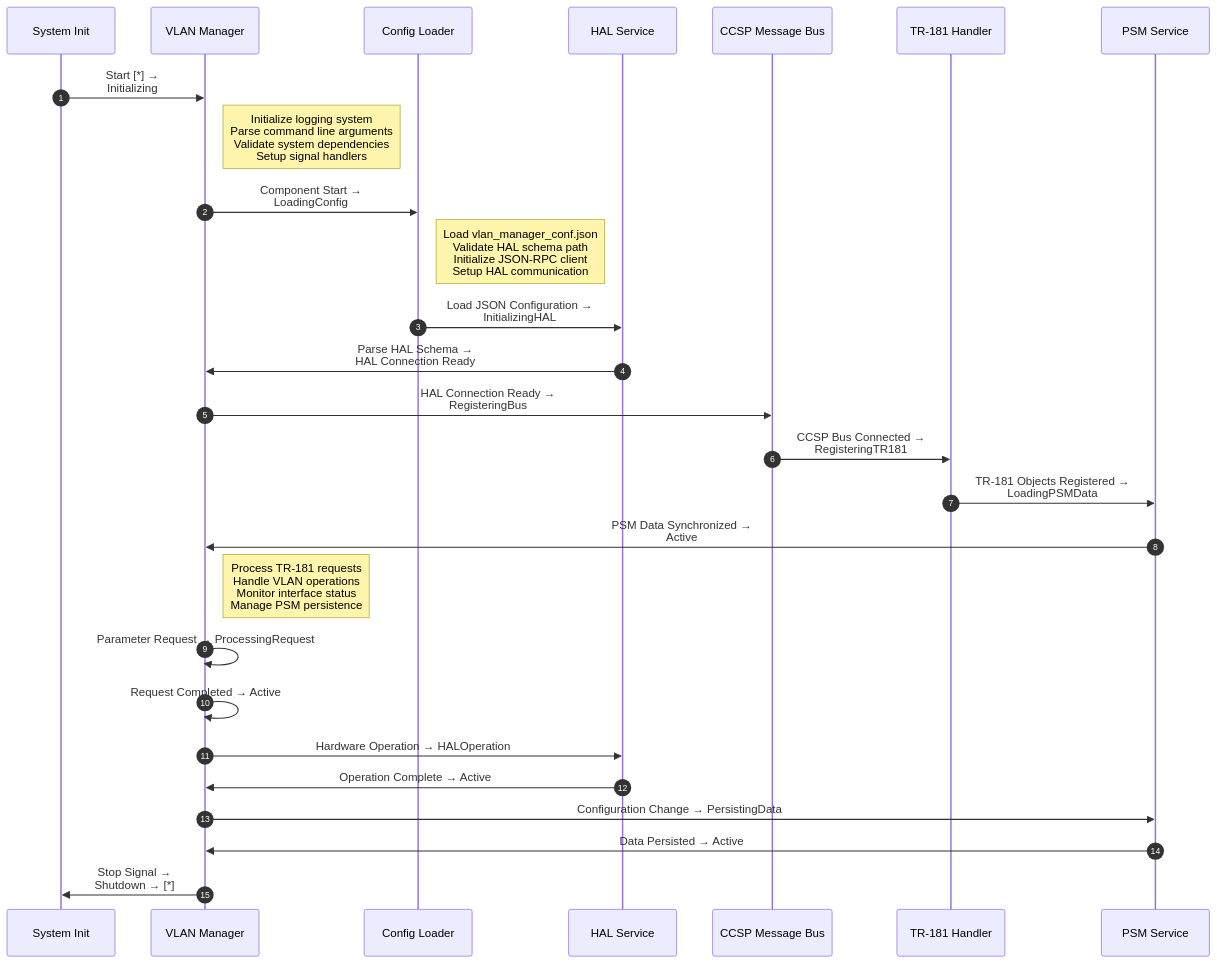
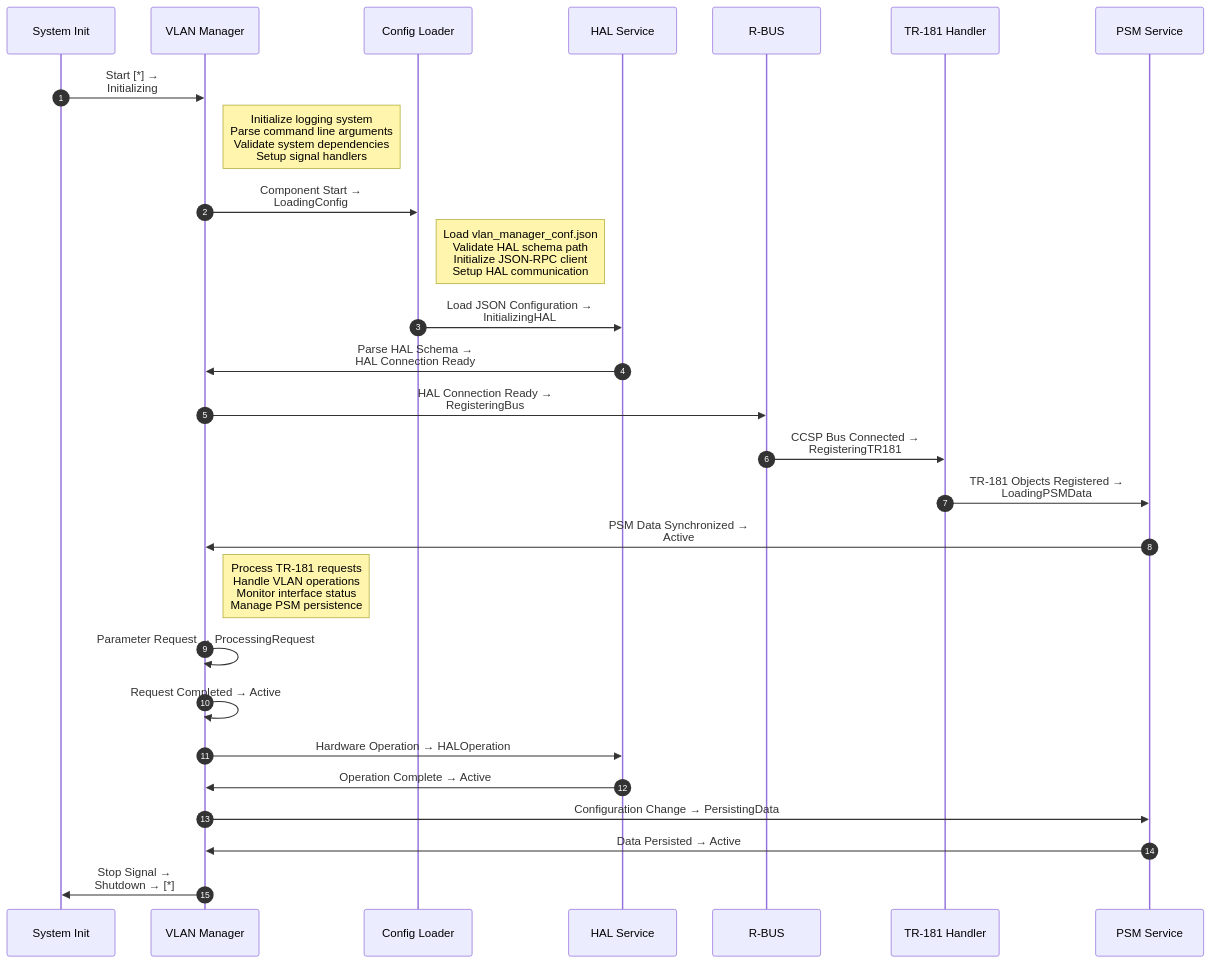
Before and after one commit to raslam930/vlan-manager: the third of 7 diagrams in README.md, drawn with Mermaid. The commit also changed other lines of this file, not shown here.

````diff
--- a/README.md
+++ b/README.md
@@ -161,39 +176,39 @@
 ```mermaid
 sequenceDiagram
     autonumber
     participant SystemInit as System Init
     participant VlanMgr as VLAN Manager
     participant ConfigLoader as Config Loader
     participant HALService as HAL Service
-    participant MessageBus as CCSP Message Bus
+    participant MessageBus as R-BUS
     participant TR181Handler as TR-181 Handler
     participant PSMService as PSM Service
 
     SystemInit->>VlanMgr: Start [*] →<br>Initializing
     Note right of VlanMgr: Initialize logging system<br>Parse command line arguments<br>Validate system dependencies<br>Setup signal handlers
 
     VlanMgr->>ConfigLoader: Component Start →<br>LoadingConfig
     Note right of ConfigLoader: Load vlan_manager_conf.json<br>Validate HAL schema path<br>Initialize JSON-RPC client<br>Setup HAL communication
 
     ConfigLoader->>HALService: Load JSON Configuration →<br>InitializingHAL
     HALService->>VlanMgr: Parse HAL Schema →<br>HAL Connection Ready
 
     VlanMgr->>MessageBus: HAL Connection Ready →<br>RegisteringBus
     MessageBus->>TR181Handler: CCSP Bus Connected →<br>RegisteringTR181
 
     TR181Handler->>PSMService: TR-181 Objects Registered →<br>LoadingPSMData
     PSMService->>VlanMgr: PSM Data Synchronized →<br>Active
 
     Note right of VlanMgr: Process TR-181 requests<br>Handle VLAN operations<br>Monitor interface status<br>Manage PSM persistence
 
     VlanMgr->>VlanMgr: Parameter Request → ProcessingRequest
     VlanMgr->>VlanMgr: Request Completed → Active
 
     VlanMgr->>HALService: Hardware Operation → HALOperation
     HALService->>VlanMgr: Operation Complete → Active
 
     VlanMgr->>PSMService: Configuration Change → PersistingData
     PSMService->>VlanMgr: Data Persisted → Active
 
     VlanMgr->>SystemInit: Stop Signal →<br>Shutdown → [*]
 ```
````
